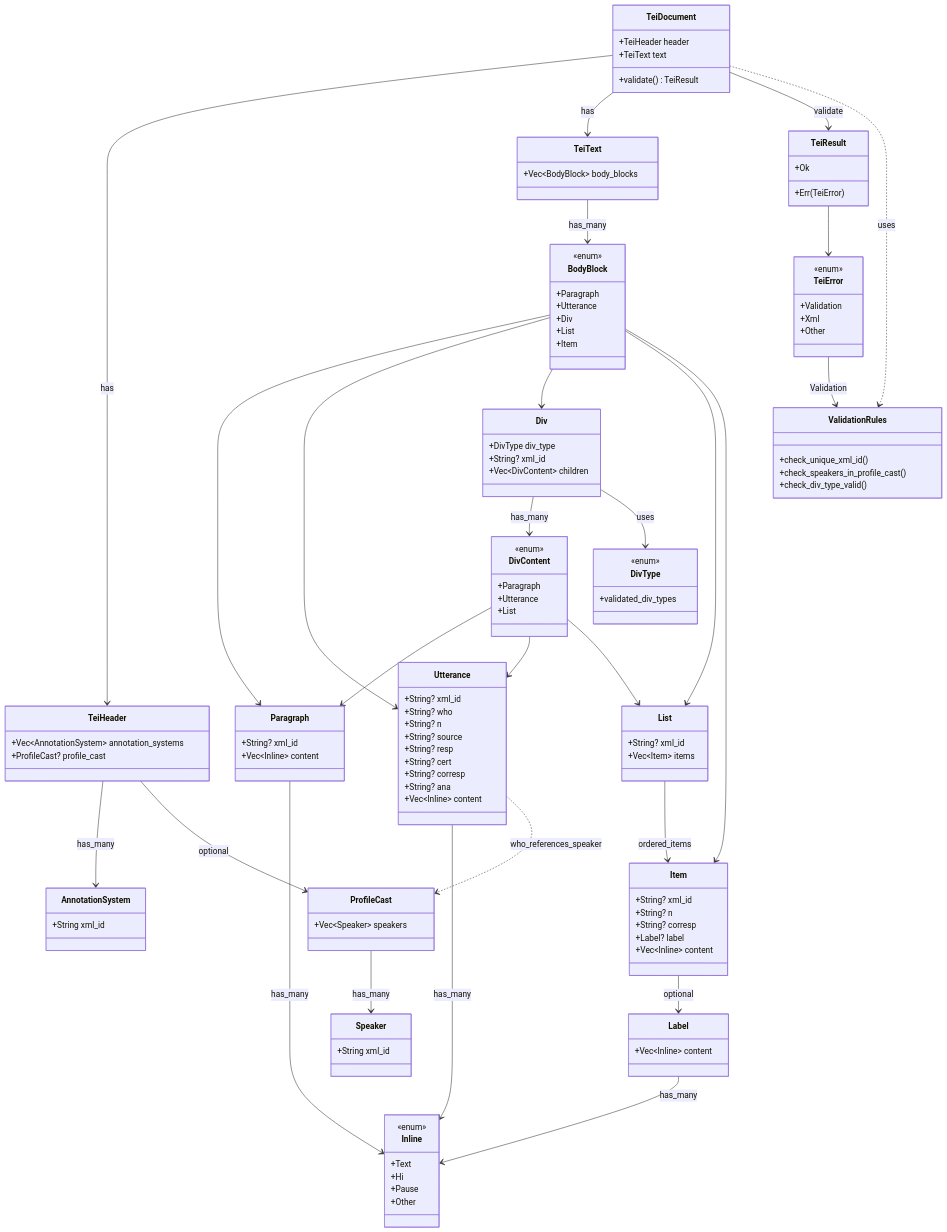
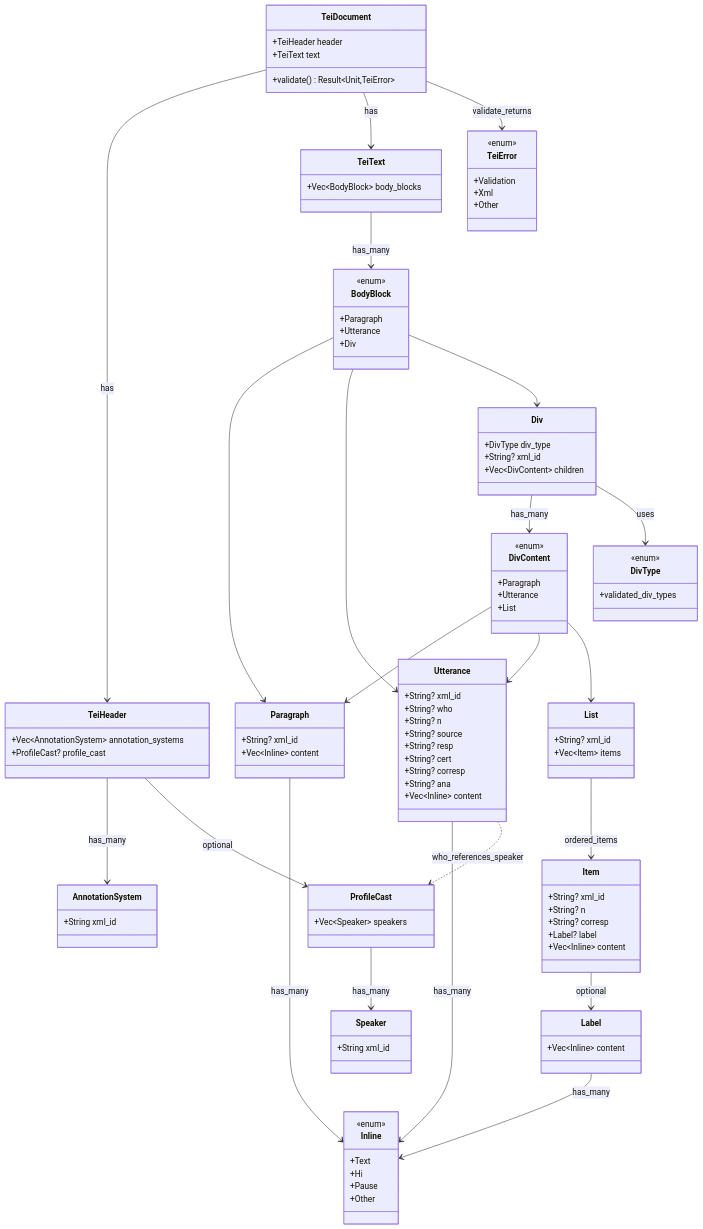
Before and after one commit to leynos/tei-rapporteur: the second of 4 diagrams in docs/tei-rapporteur-design-document.md, drawn with Mermaid.

Commit message:
refactor(docs): simplify TEI rapporteur design diagram
Removed the TeiResult and ValidationRules classes and related associations from the class diagram in the TEI rapporteur design document. Adjusted method return types and associations for clarity, focusing validation to return Result with TeiError instead of a separate TeiResult class. Removed deprecated List and Item classes to clean up the design representation.

````diff
--- a/docs/tei-rapporteur-design-document.md
+++ b/docs/tei-rapporteur-design-document.md
@@ -745,7 +745,7 @@
     class TeiDocument {
       +TeiHeader header
       +TeiText text
-      +validate() TeiResult
+      +validate() Result~Unit,TeiError~
     }
 
     class TeiHeader {
@@ -774,8 +774,6 @@
       +Paragraph
       +Utterance
       +Div
-      +List
-      +Item
     }
 
     class Paragraph {
@@ -838,11 +836,6 @@
       +validated_div_types
     }
 
-    class TeiResult {
-      +Ok
-      +Err(TeiError)
-    }
-
     class TeiError {
       <<enum>>
       +Validation
@@ -850,16 +843,9 @@
       +Other
     }
 
-    class ValidationRules {
-      +check_unique_xml_id()
-      +check_speakers_in_profile_cast()
-      +check_div_type_valid()
-    }
-
     TeiDocument --> TeiHeader : has
     TeiDocument --> TeiText : has
-    TeiDocument --> TeiResult : validate
-    TeiDocument ..> ValidationRules : uses
+    TeiDocument --> TeiError : validate_returns
 
     TeiHeader --> AnnotationSystem : has_many
     TeiHeader --> ProfileCast : optional
@@ -887,9 +873,4 @@
     BodyBlock --> Paragraph
     BodyBlock --> Utterance
     BodyBlock --> Div
-    BodyBlock --> List
-    BodyBlock --> Item
-
-    TeiResult --> TeiError
-    TeiError --> ValidationRules : Validation
 ```
````
